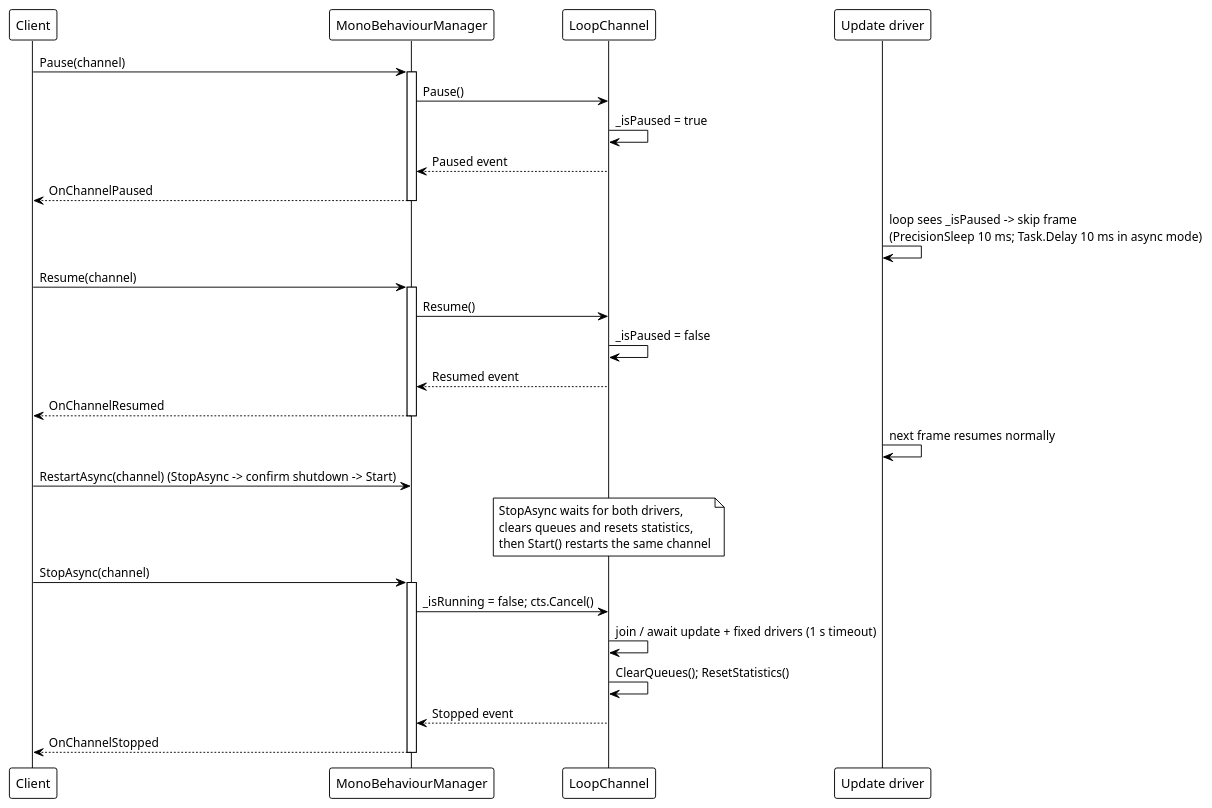
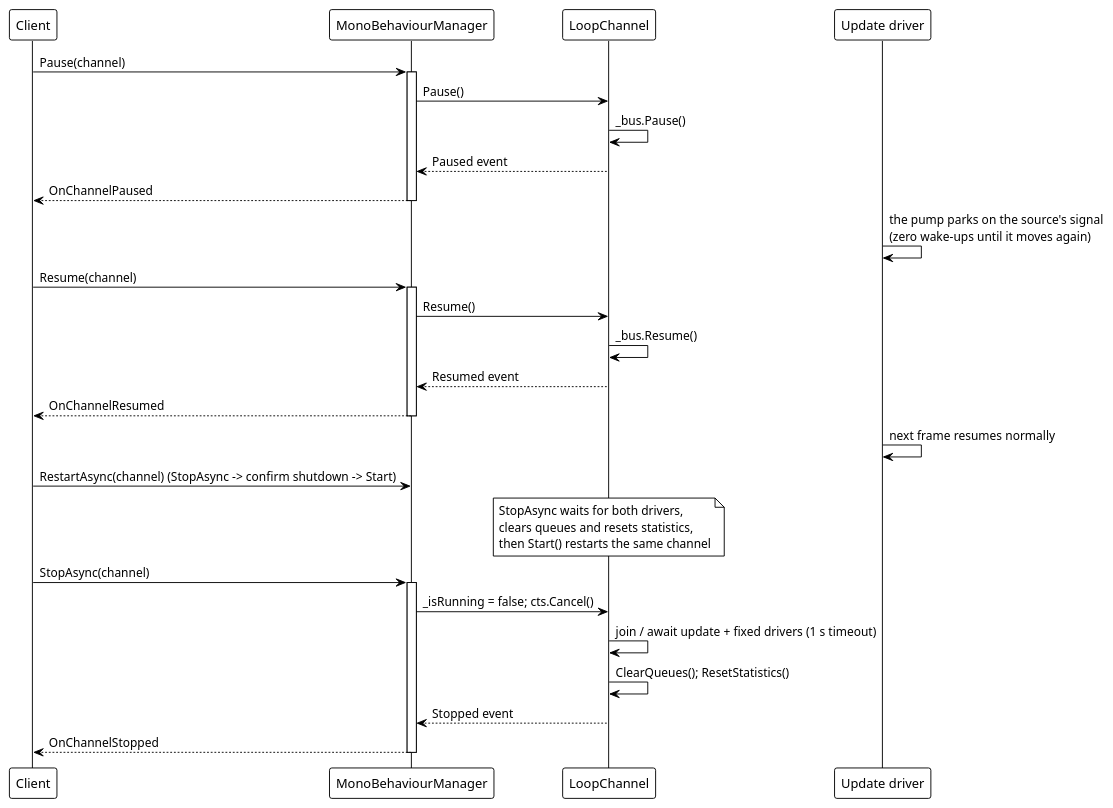
The second of 6 diagrams in src/CloudGlyph/Assets/Docs/content/en/3_SE_Analysis/03_data-flow/06_monobehaviour/index.md (Axvser/VeloxDev.Docs), drawn with PlantUML before and after one commit. The commit also changed other lines of this file and 37 other files, not shown here.

````diff
--- a/src/CloudGlyph/Assets/Docs/content/en/3_SE_Analysis/03_data-flow/06_monobehaviour/index.md
+++ b/src/CloudGlyph/Assets/Docs/content/en/3_SE_Analysis/03_data-flow/06_monobehaviour/index.md
@@ -81,42 +77,42 @@
 ```plantuml
 @startuml
 !theme plain
 
 participant "Client" as C
 participant "MonoBehaviourManager" as M
 participant "LoopChannel" as L
 participant "Update driver" as U
 
 C -> M: Pause(channel)
 activate M
 M -> L: Pause()
-L -> L: _isPaused = true
+L -> L: _bus.Pause()
 L --> M: Paused event
 M --> C: OnChannelPaused
 deactivate M
 
-U -> U: loop sees _isPaused -> skip frame\n(PrecisionSleep 10 ms; Task.Delay 10 ms in async mode)
+U -> U: the pump parks on the source's signal\n(zero wake-ups until it moves again)
 
 C -> M: Resume(channel)
 activate M
 M -> L: Resume()
-L -> L: _isPaused = false
+L -> L: _bus.Resume()
 L --> M: Resumed event
 M --> C: OnChannelResumed
 deactivate M
 
 U -> U: next frame resumes normally
 
 C -> M: RestartAsync(channel) (StopAsync -> confirm shutdown -> Start)
 note over L: StopAsync waits for both drivers,\nclears queues and resets statistics,\nthen Start() restarts the same channel
 
 C -> M: StopAsync(channel)
 activate M
 M -> L: _isRunning = false; cts.Cancel()
 L -> L: join / await update + fixed drivers (1 s timeout)
 L -> L: ClearQueues(); ResetStatistics()
 L --> M: Stopped event
 M --> C: OnChannelStopped
 deactivate M
 @enduml
 ```
````
